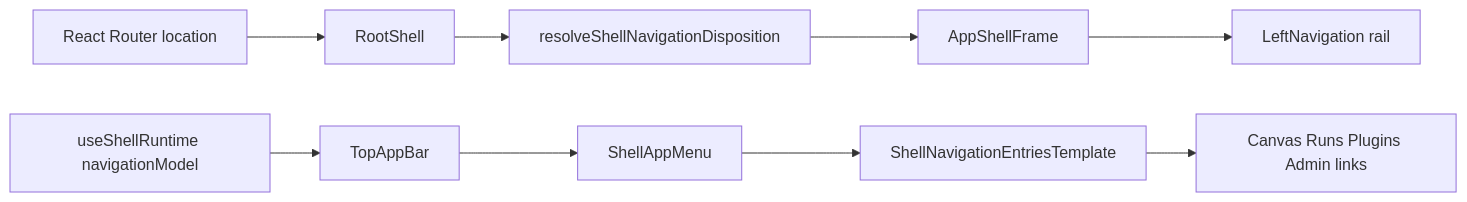
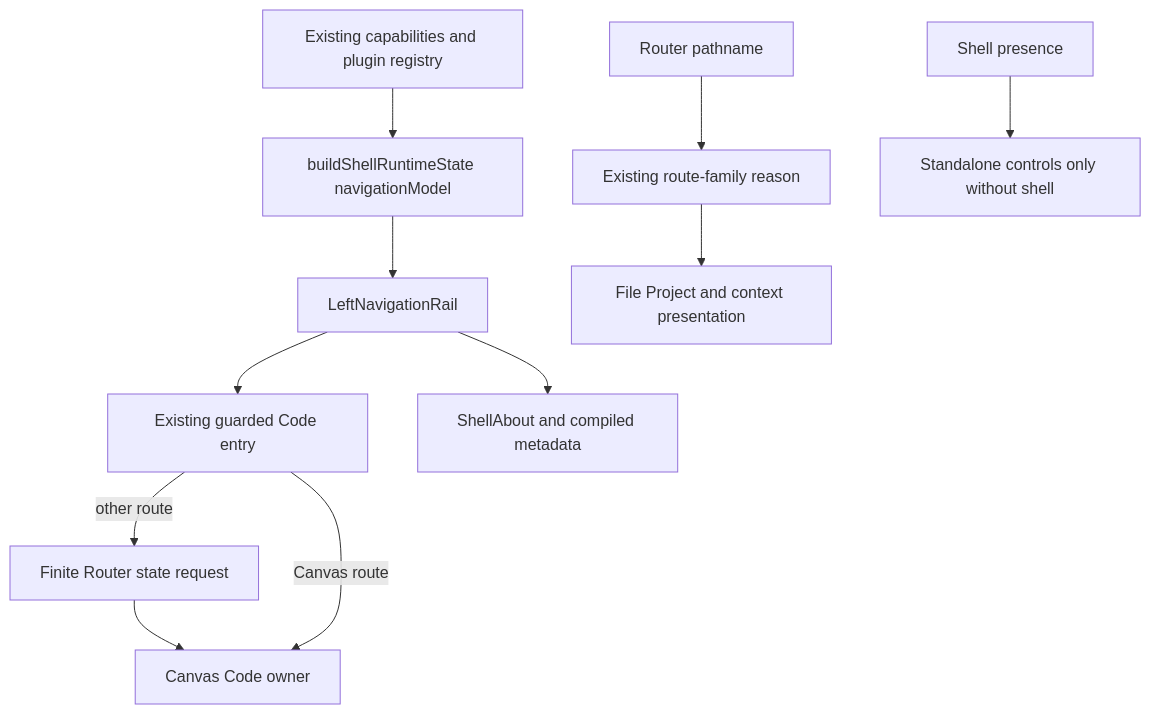
Before and after one commit to dunay2/dvt: the second of 2 diagrams in docs/architecture/components/web/shell-navigation-disposition-component.md, drawn with Mermaid. The commit also changed other lines of this file and 424 other files, not shown here.

````diff
--- a/docs/architecture/components/web/shell-navigation-disposition-component.md
+++ b/docs/architecture/components/web/shell-navigation-disposition-component.md
@@ -60,11 +106,13 @@
 ```mermaid
-flowchart LR
-  Router[React Router location] --> RootShell
-  RootShell --> Disposition[resolveShellNavigationDisposition]
-  Disposition --> AppShellFrame
-  Runtime[useShellRuntime navigationModel] --> TopAppBar
-  TopAppBar --> ShellAppMenu
-  ShellAppMenu --> Entries[ShellNavigationEntriesTemplate]
-  Entries --> GlobalLinks[Canvas Runs Plugins Admin links]
-  AppShellFrame --> LeftRail[LeftNavigation rail]
+flowchart TD
+  Capabilities[Existing capabilities and plugin registry] --> Model[buildShellRuntimeState navigationModel]
+  Model --> Rail[LeftNavigationRail]
+  Router[Router pathname] --> Disposition[Existing route-family reason]
+  Disposition --> TopBar[File Project and context presentation]
+  Rail --> Git[Existing guarded Code entry]
+  Git -->|other route| Intent[Finite Router state request]
+  Intent --> Owner[Canvas Code owner]
+  Git -->|Canvas route| Owner
+  Presence[Shell presence] --> Explorer[Standalone controls only without shell]
+  Rail --> About[ShellAbout and compiled metadata]
 ```
````
